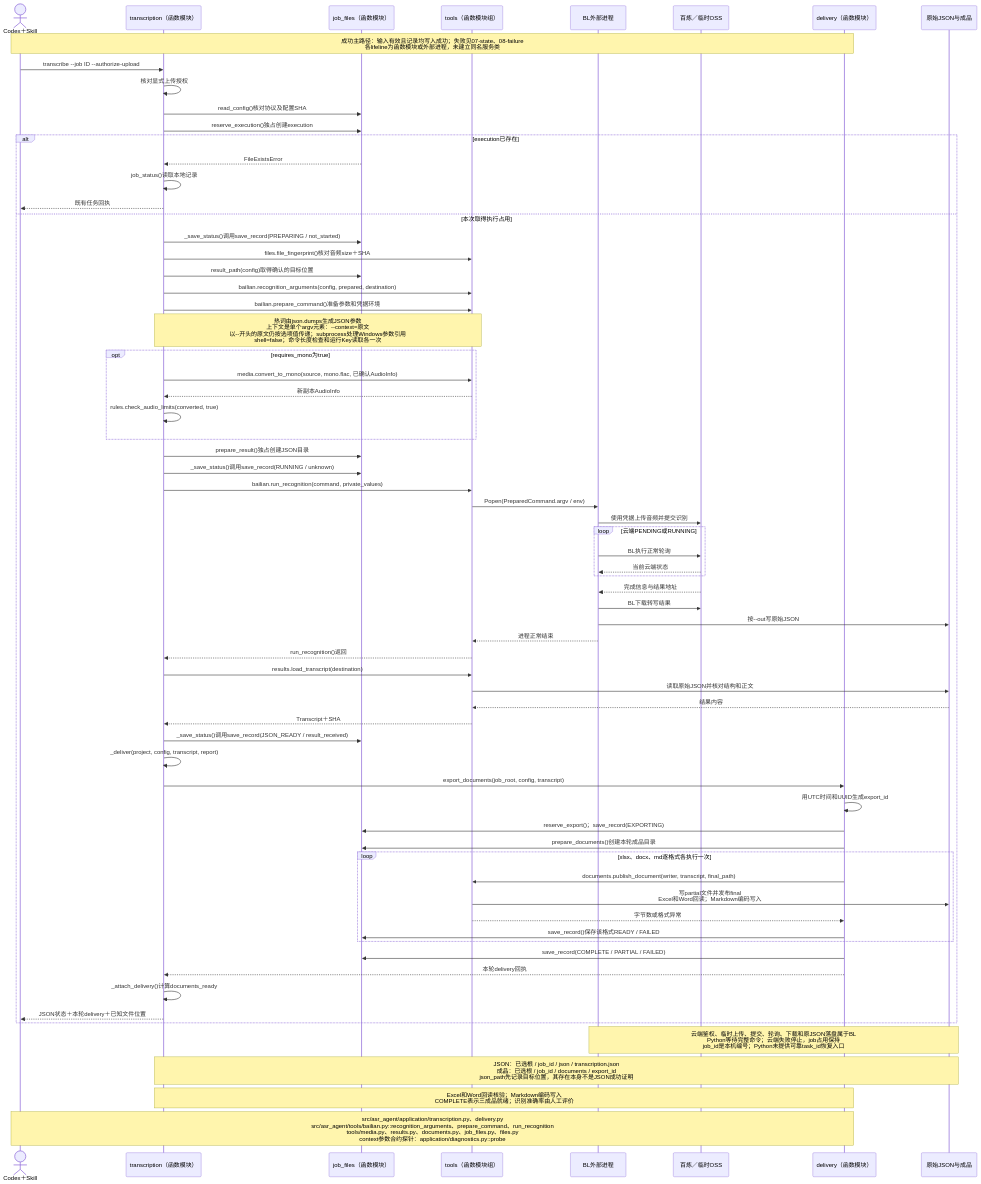
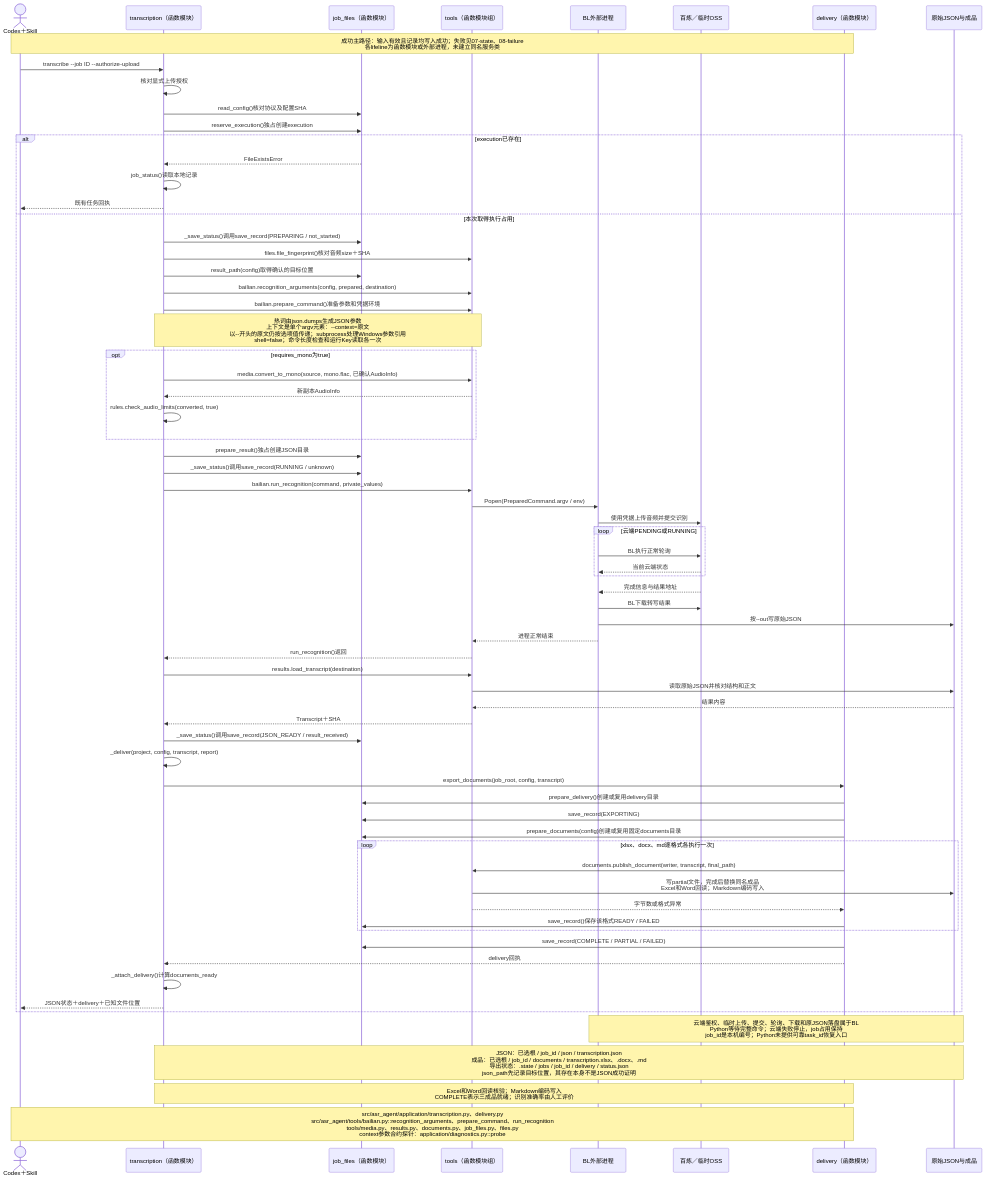
The diagram in doc/uml/05-transcribe.mmd (hx101700/asr-agent), drawn with Mermaid before and after one commit. The commit also changed 30 other files, not shown here.

```diff
--- a/doc/uml/05-transcribe.mmd
+++ b/doc/uml/05-transcribe.mmd
@@ -1,69 +1,69 @@
 sequenceDiagram
 actor C as Codex＋Skill
 participant T as transcription（函数模块）
 participant J as job_files（函数模块）
 participant L as tools（函数模块组）
 participant B as BL外部进程
 participant A as 百炼／临时OSS
 participant D as delivery（函数模块）
 participant F as 原始JSON与成品
 Note over C,D: 成功主路径：输入有效且记录均写入成功；失败见07-state、08-failure<br/>各lifeline为函数模块或外部进程，未建立同名服务类
 C->>T: transcribe --job ID --authorize-upload
 T->>T: 核对显式上传授权
 T->>J: read_config()核对协议及配置SHA
 T->>J: reserve_execution()独占创建execution
 alt execution已存在
     J-->>T: FileExistsError
     T->>T: job_status()读取本地记录
     T-->>C: 既有任务回执
 else 本次取得执行占用
     T->>J: _save_status()调用save_record(PREPARING / not_started)
     T->>L: files.file_fingerprint()核对音频size＋SHA
     T->>J: result_path(config)取得确认的目标位置
     T->>L: bailian.recognition_arguments(config, prepared, destination)
     T->>L: bailian.prepare_command()准备参数和凭据环境
     Note over T,L: 热词由json.dumps生成JSON参数<br/>上下文是单个argv元素：--context=原文<br/>以--开头的原文仍按选项值传递；subprocess处理Windows参数引用<br/>shell=false；命令长度检查和运行Key读取各一次
     opt requires_mono为true
         T->>L: media.convert_to_mono(source, mono.flac, 已确认AudioInfo)
         L-->>T: 新副本AudioInfo
         T->>T: rules.check_audio_limits(converted, true)
     end
     T->>J: prepare_result()独占创建JSON目录
     T->>J: _save_status()调用save_record(RUNNING / unknown)
     T->>L: bailian.run_recognition(command, private_values)
     L->>B: Popen(PreparedCommand.argv / env)
     B->>A: 使用凭据上传音频并提交识别
     loop 云端PENDING或RUNNING
         B->>A: BL执行正常轮询
         A-->>B: 当前云端状态
     end
     A-->>B: 完成信息与结果地址
     B->>A: BL下载转写结果
     B->>F: 按--out写原始JSON
     B-->>L: 进程正常结束
     L-->>T: run_recognition()返回
     T->>L: results.load_transcript(destination)
     L->>F: 读取原始JSON并核对结构和正文
     F-->>L: 结果内容
     L-->>T: Transcript＋SHA
     T->>J: _save_status()调用save_record(JSON_READY / result_received)
     T->>T: _deliver(project, config, transcript, report)
     T->>D: export_documents(job_root, config, transcript)
-    D->>D: 用UTC时间和UUID生成export_id
-    D->>J: reserve_export()；save_record(EXPORTING)
-    D->>J: prepare_documents()创建本轮成品目录
+    D->>J: prepare_delivery()创建或复用delivery目录
+    D->>J: save_record(EXPORTING)
+    D->>J: prepare_documents(config)创建或复用固定documents目录
     loop xlsx、docx、md逐格式各执行一次
         D->>L: documents.publish_document(writer, transcript, final_path)
-        L->>F: 写partial文件并发布final<br/>Excel和Word回读；Markdown编码写入
+        L->>F: 写partial文件，完成后替换同名成品<br/>Excel和Word回读；Markdown编码写入
         L-->>D: 字节数或格式异常
         D->>J: save_record()保存该格式READY / FAILED
     end
     D->>J: save_record(COMPLETE / PARTIAL / FAILED)
-    D-->>T: 本轮delivery回执
+    D-->>T: delivery回执
     T->>T: _attach_delivery()计算documents_ready
-    T-->>C: JSON状态＋本轮delivery＋已知文件位置
+    T-->>C: JSON状态＋delivery＋已知文件位置
 end
 Note over B,F: 云端鉴权、临时上传、提交、轮询、下载和原JSON落盘属于BL<br/>Python等待完整命令；云端失败停止，job占用保持<br/>job_id是本机编号；Python未提供可靠task_id恢复入口
-Note over T,F: JSON：已选根 / job_id / json / transcription.json<br/>成品：已选根 / job_id / documents / export_id<br/>json_path先记录目标位置，其存在本身不是JSON成功证明
+Note over T,F: JSON：已选根 / job_id / json / transcription.json<br/>成品：已选根 / job_id / documents / transcription.xlsx、.docx、.md<br/>导出状态：.state / jobs / job_id / delivery / status.json<br/>json_path先记录目标位置，其存在本身不是JSON成功证明
 Note over T,D: Excel和Word回读核验；Markdown编码写入<br/>COMPLETE表示三成品就绪；识别准确率由人工评价
 Note over C,D: src/asr_agent/application/transcription.py、delivery.py<br/>src/asr_agent/tools/bailian.py::recognition_arguments、prepare_command、run_recognition<br/>tools/media.py、results.py、documents.py、job_files.py、files.py<br/>context参数合约探针：application/diagnostics.py::probe
```
